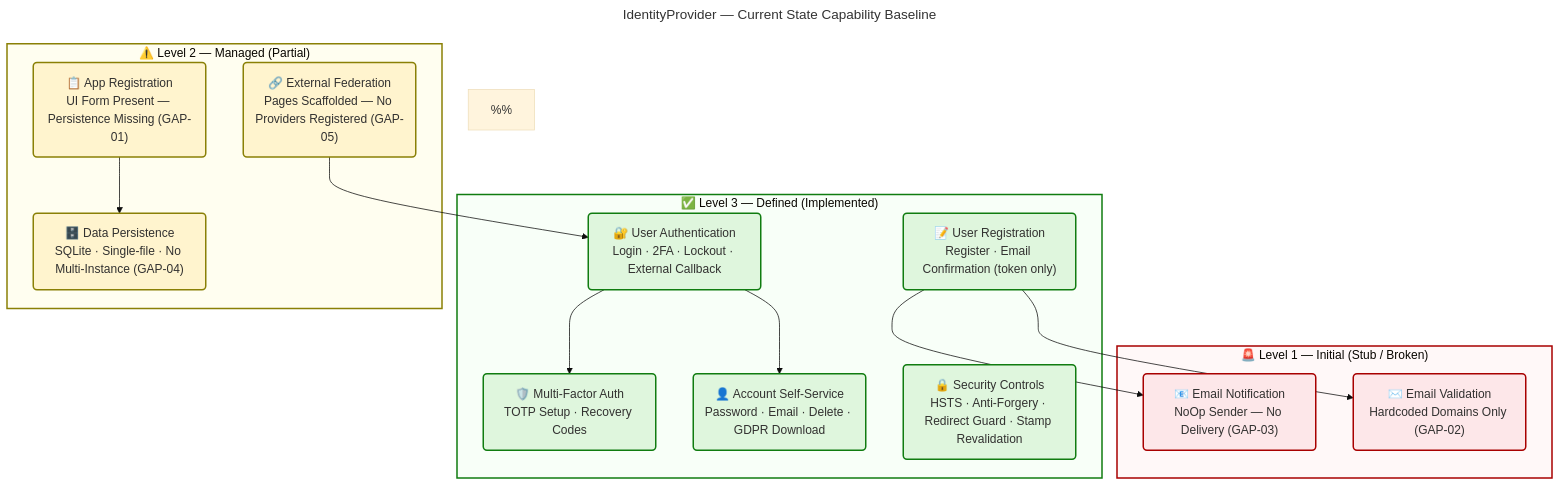
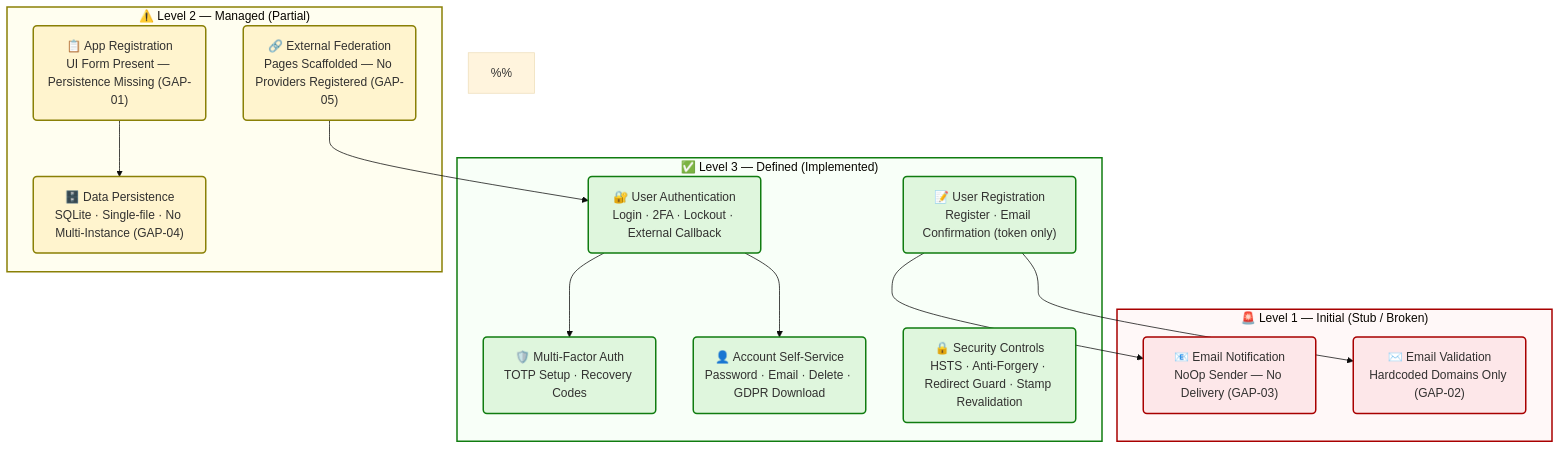
Before and after one commit to Evilazaro/IdentityProvider: the second of 7 diagrams in docs/architecture/app-arch.md, drawn with Mermaid. The commit also changed other lines of this file, not shown here.

Commit message:
fix: update mermaid diagram titles and configurations for consistency

````diff
--- a/docs/architecture/app-arch.md
+++ b/docs/architecture/app-arch.md
@@ -456,61 +449,51 @@
 ```mermaid
----
-title: "IdentityProvider — Current State Capability Baseline"
-config:
-  theme: base
-  look: classic
-  layout: dagre
-  themeVariables:
-    fontSize: '16px'
-  flowchart:
-    htmlLabels: true
----
+%%{init: {"theme": "base", "themeVariables": {"fontSize": "16px"}, "flowchart": {"htmlLabels": true}}}%%
 flowchart TB
     accTitle: Current State Capability Baseline
     accDescr: Shows the current maturity state of each application capability area with identified gaps highlighted
 
     %%
     %% AZURE / FLUENT ARCHITECTURE PATTERN v2.0
     %% (Semantic + Structural + Font + Accessibility Governance)
     %%
     %% PHASE 1 - FLUENT UI: All styling uses approved Fluent UI palette only
     %% PHASE 2 - GROUPS: Every subgraph has semantic color via style directive
     %% PHASE 3 - COMPONENTS: Every node has semantic classDef + icon prefix
     %% PHASE 4 - ACCESSIBILITY: accTitle/accDescr present, WCAG AA contrast
     %% PHASE 5 - STANDARD: Governance block present, classDefs centralized
     %%
 
     subgraph Defined["✅ Level 3 — Defined (Implemented)"]
         AUTH("🔐 User Authentication<br/>Login · 2FA · Lockout · External Callback"):::success
         REG("📝 User Registration<br/>Register · Email Confirmation (token only)"):::success
         MFA("🛡️ Multi-Factor Auth<br/>TOTP Setup · Recovery Codes"):::success
         SELF("👤 Account Self-Service<br/>Password · Email · Delete · GDPR Download"):::success
         SEC("🔒 Security Controls<br/>HSTS · Anti-Forgery · Redirect Guard · Stamp Revalidation"):::success
     end
 
     subgraph Managed["⚠️ Level 2 — Managed (Partial)"]
         APPREG("📋 App Registration<br/>UI Form Present — Persistence Missing (GAP-01)"):::warning
         EXTLOGIN("🔗 External Federation<br/>Pages Scaffolded — No Providers Registered (GAP-05)"):::warning
         PERSIST("🗄️ Data Persistence<br/>SQLite · Single-file · No Multi-Instance (GAP-04)"):::warning
     end
 
     subgraph Initial["🚨 Level 1 — Initial (Stub / Broken)"]
         EMAIL("📧 Email Notification<br/>NoOp Sender — No Delivery (GAP-03)"):::error
         EMAILVAL("✉️ Email Validation<br/>Hardcoded Domains Only (GAP-02)"):::error
     end
 
     AUTH --> SELF
     AUTH --> MFA
     REG --> EMAIL
     REG --> EMAILVAL
     APPREG --> PERSIST
     EXTLOGIN --> AUTH
 
     classDef success fill:#DFF6DD,stroke:#107C10,stroke-width:2px,color:#323130
     classDef warning fill:#FFF4CE,stroke:#8A8006,stroke-width:2px,color:#323130
     classDef error fill:#FDE7E9,stroke:#A80000,stroke-width:2px,color:#323130
 
     style Defined fill:#F8FFF8,stroke:#107C10,stroke-width:2px
     style Managed fill:#FFFEF0,stroke:#8A8006,stroke-width:2px
     style Initial fill:#FFF8F8,stroke:#A80000,stroke-width:2px
 ```
````
